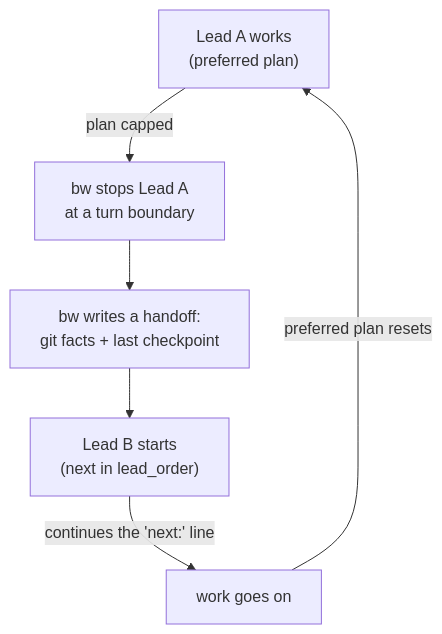
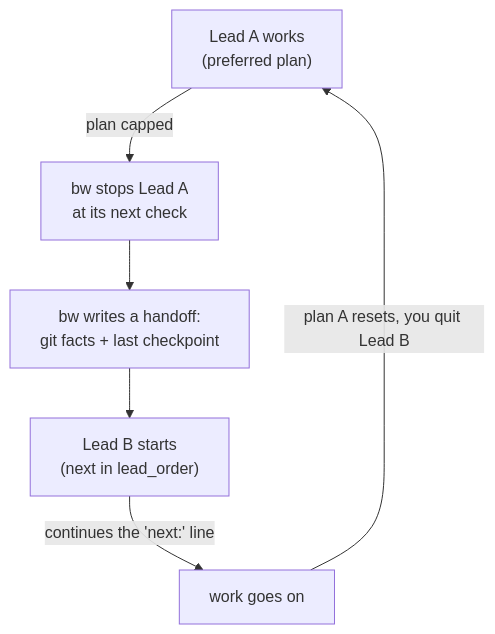
The third of 4 diagrams in README.md (tensorgroup/balancewheel), drawn with Mermaid before and after one commit. The commit also changed other lines of this file and 3 other files, not shown here.

````diff
--- a/README.md
+++ b/README.md
@@ -255,8 +268,8 @@
 ```mermaid
 flowchart TD
-    a["Lead A works<br/>(preferred plan)"] -->|plan capped| stop["bw stops Lead A<br/>at a turn boundary"]
+    a["Lead A works<br/>(preferred plan)"] -->|plan capped| stop["bw stops Lead A<br/>at its next check"]
     stop --> h["bw writes a handoff:<br/>git facts + last checkpoint"]
     h --> b["Lead B starts<br/>(next in lead_order)"]
     b -->|continues the 'next:' line| w["work goes on"]
-    w -->|preferred plan resets| a
+    w -->|"plan A resets, you quit Lead B"| a
 ```
````
